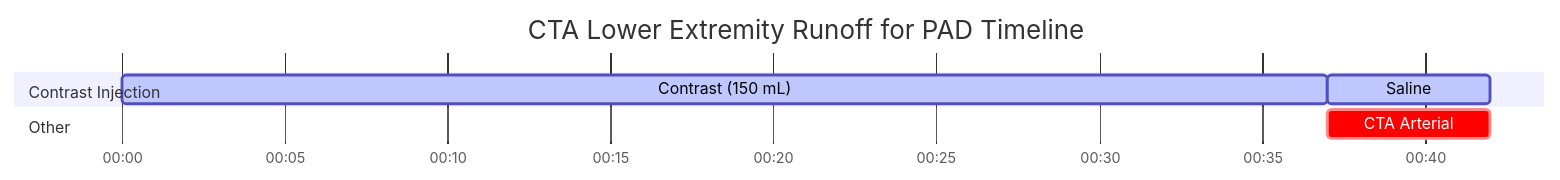
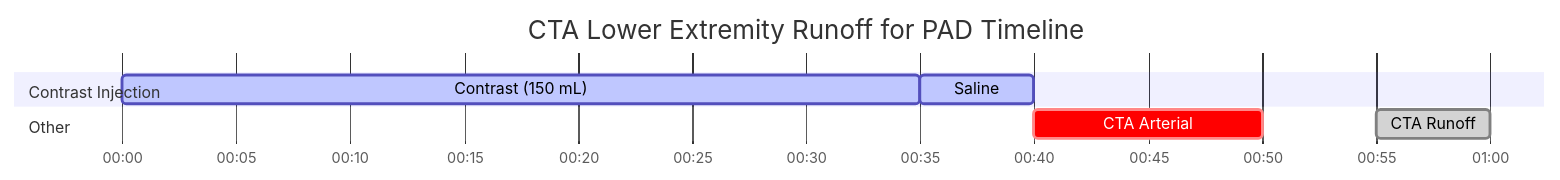
Before and after one commit to dfergs93/radiology-protocols: the diagram in docs/ct/vascular/cta-lower-extremity-runoff-for-pad.md, drawn with Mermaid. The commit also changed other lines of this file and 47 other files, not shown here.

Commit message:
Restore protocol files from main and add acquisition-diagram placeholders; default contrast duration to 30s when missing

````diff
--- a/docs/ct/vascular/cta-lower-extremity-runoff-for-pad.md
+++ b/docs/ct/vascular/cta-lower-extremity-runoff-for-pad.md
@@ -85,18 +88,19 @@
   ```mermaid
   ---
   displayMode: compact
   config:
     theme: default
     themeCSS: " #Saline{ fill: #4ed5ff; stroke: #2094f3; } "
   ---
     gantt
       title CTA Lower Extremity Runoff for PAD Timeline
       dateFormat mm:ss
       axisFormat %M:%S 
       
       section Contrast Injection
-      Contrast (150 mL)    :active, contrast, 00:00, 37s
+      Contrast (150 mL)    :active, contrast, 00:00, 35s
       Saline          :active, saline, after contrast, 5s
       section Other
-      CTA Arterial    :crit, scan1, after contrast, 5s
+      CTA Arterial    :crit, scan1, after saline, 10s
+      CTA Runoff    :done, scan2, 00:55, 5s
   ```
````
